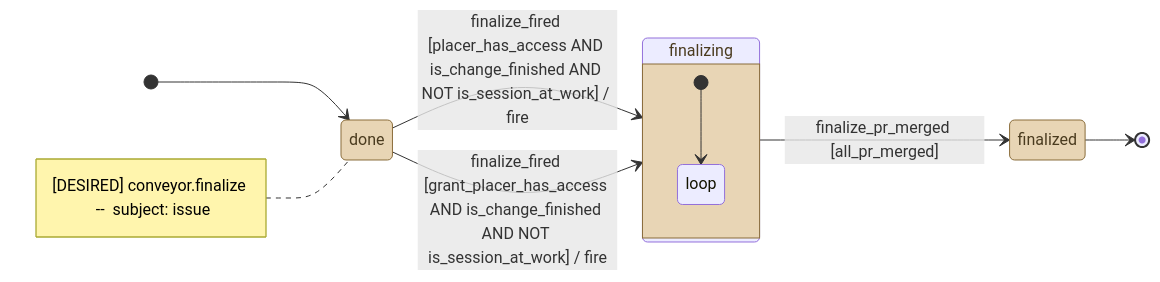
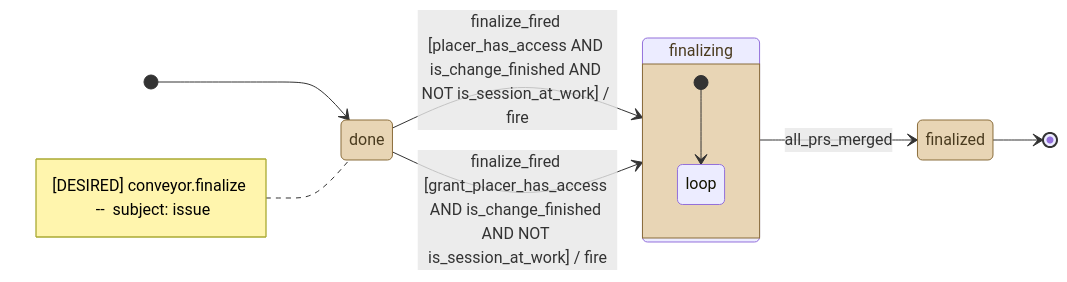
Before and after one commit to kostiantyn-matsebora/agent-ops-operator: the diagram in .github/conveyor-model/mermaid/desired/conveyor_finalize.mmd, drawn with Mermaid. The commit also changed 3 other files, not shown here.

First line of the commit message:
fix(conveyor): all_prs_merged is the trigger everywhere, not a guard

```diff
--- a/.github/conveyor-model/mermaid/desired/conveyor_finalize.mmd
+++ b/.github/conveyor-model/mermaid/desired/conveyor_finalize.mmd
@@ -1,20 +1,20 @@
 stateDiagram-v2
     direction LR
     [*] --> done
     note left of done
         [DESIRED] conveyor.finalize  --  subject: issue
     end note
     classDef stationState fill:#e8d5b5,stroke:#8a6d3b,color:#4a3b1f
     classDef loopState fill:#c9e4de,stroke:#2f6b5e,color:#1a3b33
     state done
     state finalizing
     state finalized
     done --> finalizing : finalize_fired [placer_has_access AND is_change_finished AND NOT is_session_at_work] / fire
     done --> finalizing : finalize_fired [grant_placer_has_access AND is_change_finished AND NOT is_session_at_work] / fire
-    finalizing --> finalized : finalize_pr_merged [all_pr_merged]
+    finalizing --> finalized : all_prs_merged
     finalized --> [*]
     class done, finalizing, finalized stationState
     state finalizing {
         [*] --> loop
         state "loop" as loop
     }
```
